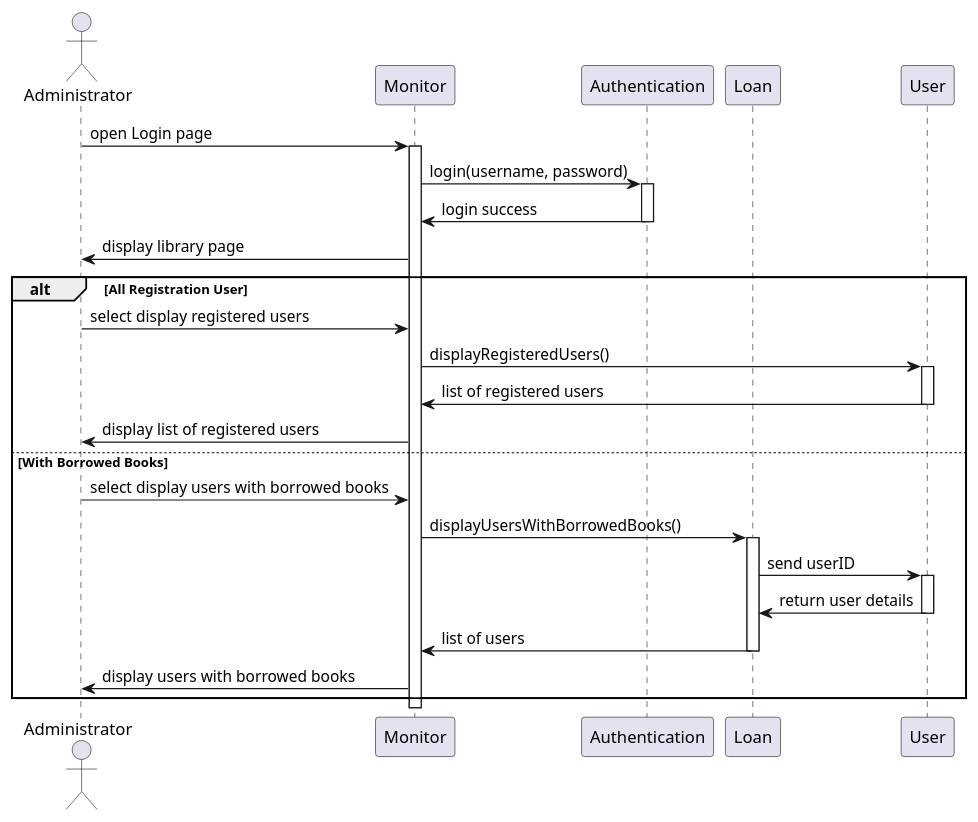
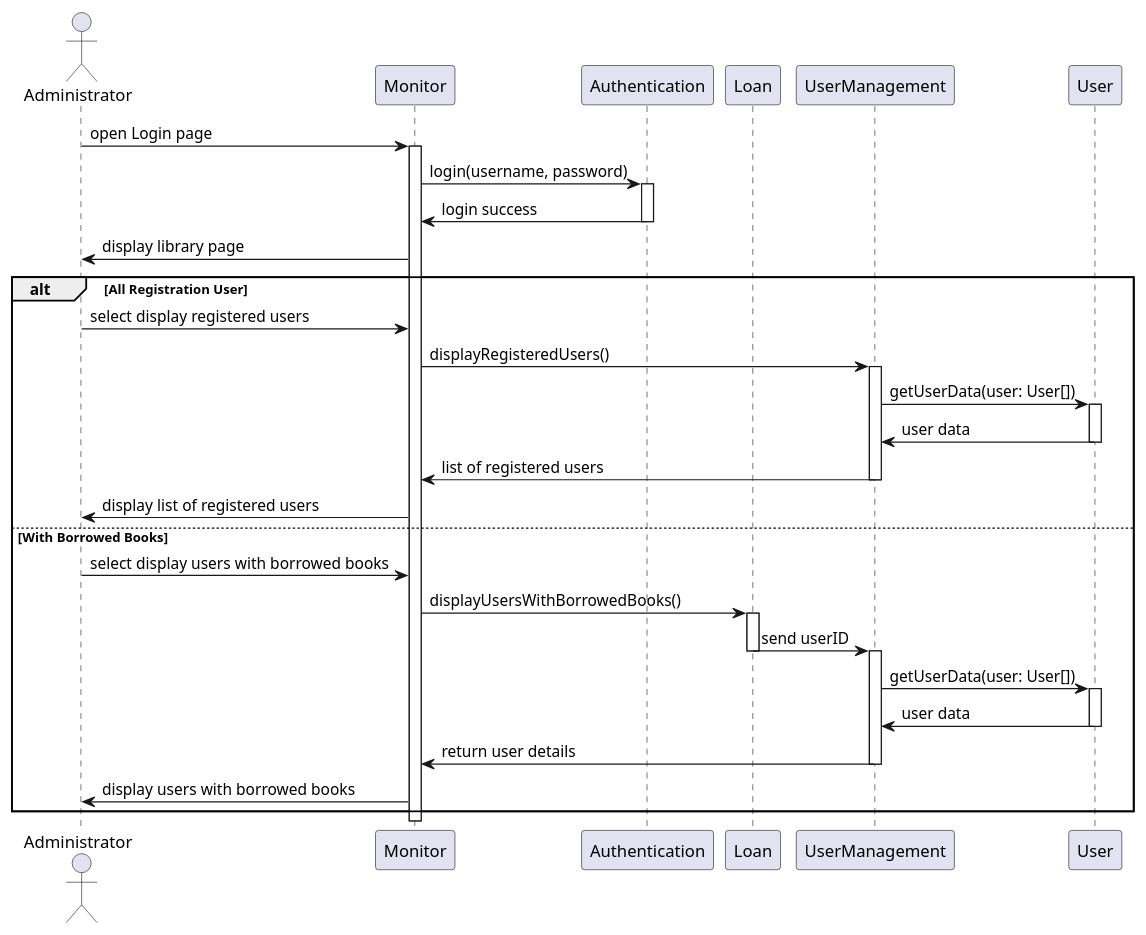
Before and after one commit to zuzu2307/Final_UML: the diagram in src/displayUser.puml, drawn with PlantUML. The commit also changed 13 other files, not shown here.

```diff
--- a/src/displayUser.puml
+++ b/src/displayUser.puml
@@ -1,38 +1,49 @@
 @startuml
 actor Administrator
 participant Monitor
 participant Authentication
 participant Loan
+participant UserManagement
 participant User
 
 
 Administrator -> Monitor: open Login page
 activate Monitor
 Monitor -> Authentication: login(username, password)
 activate Authentication
 Authentication -> Monitor: login success
 deactivate Authentication
 Monitor -> Administrator: display library page
 
 
 
 alt All Registration User
     Administrator -> Monitor: select display registered users
-    Monitor -> User: displayRegisteredUsers()
+    Monitor -> UserManagement: displayRegisteredUsers()
+    activate UserManagement
+
+    UserManagement -> User: getUserData(user: User[])
     activate User
-    User -> Monitor: list of registered users
+    User -> UserManagement: user data
     deactivate User
+    UserManagement -> Monitor: list of registered users
+    deactivate UserManagement
     Monitor -> Administrator: display list of registered users
 else With Borrowed Books
     Administrator -> Monitor: select display users with borrowed books
     Monitor -> Loan: displayUsersWithBorrowedBooks()
     activate Loan
-    Loan -> User: send userID
+    Loan -> UserManagement: send userID
+    deactivate Loan
+    activate UserManagement
+
+    UserManagement -> User: getUserData(user: User[])
     activate User
-    User -> Loan: return user details
+    User -> UserManagement: user data
     deactivate User
-    Loan -> Monitor: list of users
-    deactivate Loan
+    UserManagement -> Monitor: return user details
+    deactivate UserManagement
+
     Monitor -> Administrator: display users with borrowed books
 end
 @enduml
```
